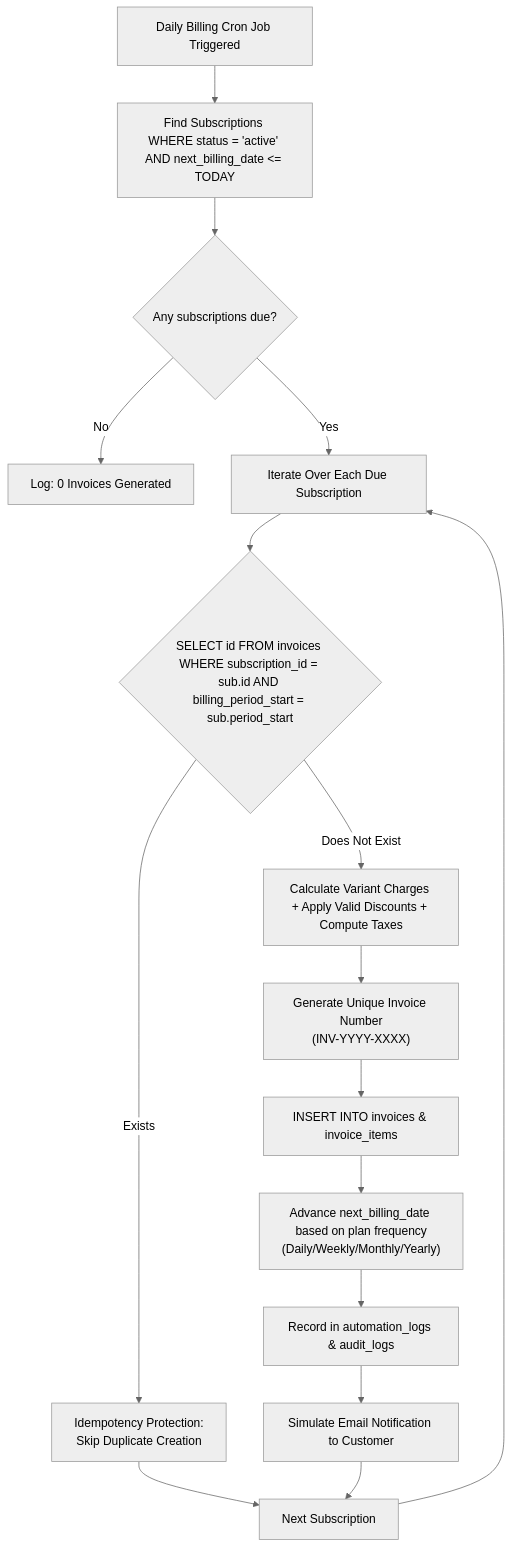
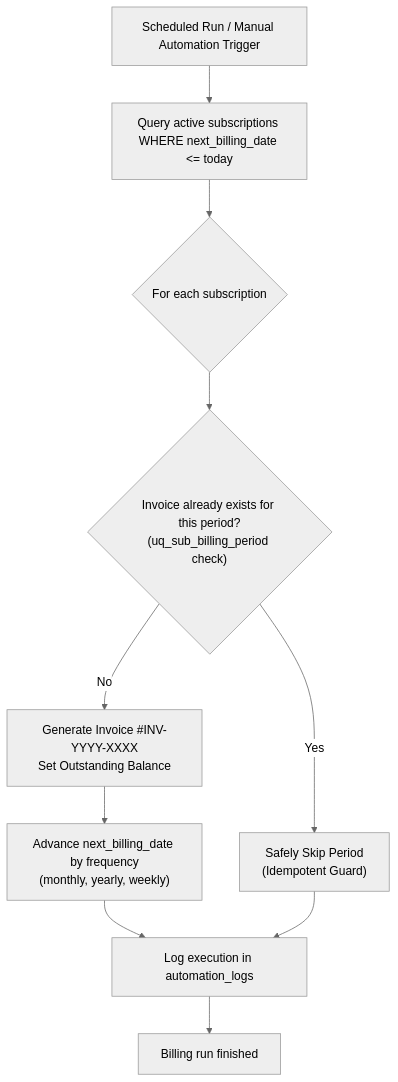
The fifth of 7 diagrams in README.md (tc484472-byte/odoo), drawn with Mermaid (neutral theme) before and after one commit. The commit also changed other lines of this file and 17 other files, not shown here.

````diff
--- a/README.md
+++ b/README.md
@@ -247,20 +337,12 @@
 ```mermaid
 flowchart TD
-    Start["Daily Billing Cron Job Triggered"] --> FetchDue["Find Subscriptions WHERE status = 'active' AND next_billing_date <= TODAY"]
-    FetchDue --> CheckEmpty{"Any subscriptions due?"}
-    CheckEmpty -- No --> Done["Log: 0 Invoices Generated"]
-    CheckEmpty -- Yes --> LoopSubs["Iterate Over Each Due Subscription"]
-    
-    LoopSubs --> CheckDup{"SELECT id FROM invoices WHERE subscription_id = sub.id AND billing_period_start = sub.period_start"}
-    CheckDup -- Exists --> Skip["Idempotency Protection:\nSkip Duplicate Creation"]
-    CheckDup -- Does Not Exist --> Calc["Calculate Variant Charges + Apply Valid Discounts + Compute Taxes"]
-    
-    Calc --> GenerateInv["Generate Unique Invoice Number\n(INV-YYYY-XXXX)"]
-    GenerateInv --> SaveInv["INSERT INTO invoices & invoice_items"]
-    SaveInv --> AdvanceDate["Advance next_billing_date based on plan frequency\n(Daily/Weekly/Monthly/Yearly)"]
-    AdvanceDate --> RecordLog["Record in automation_logs & audit_logs"]
-    RecordLog --> SendEmail["Simulate Email Notification to Customer"]
-    Skip --> NextSub["Next Subscription"]
-    SendEmail --> NextSub
-    NextSub --> LoopSubs
+    Start["Scheduled Run / Manual Automation Trigger"] --> Query["Query active subscriptions WHERE next_billing_date <= today"]
+    Query --> Loop{"For each subscription"}
+    Loop --> Check{"Invoice already exists for this period?\n(uq_sub_billing_period check)"}
+    Check -- Yes --> Skip["Safely Skip Period\n(Idempotent Guard)"]
+    Check -- No --> Gen["Generate Invoice #INV-YYYY-XXXX\nSet Outstanding Balance"]
+    Gen --> Advance["Advance next_billing_date by frequency\n(monthly, yearly, weekly)"]
+    Advance --> RecordAudit["Log execution in automation_logs"]
+    Skip --> RecordAudit
+    RecordAudit --> Done["Billing run finished"]
 ```
````
